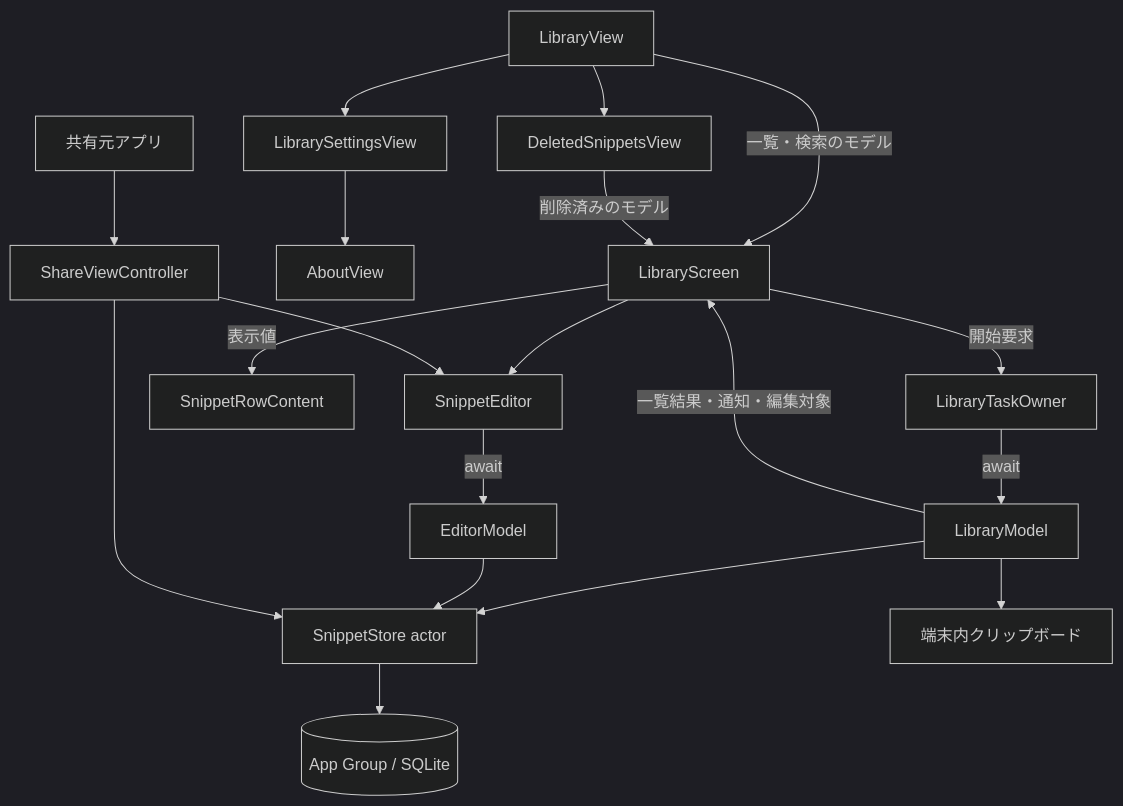
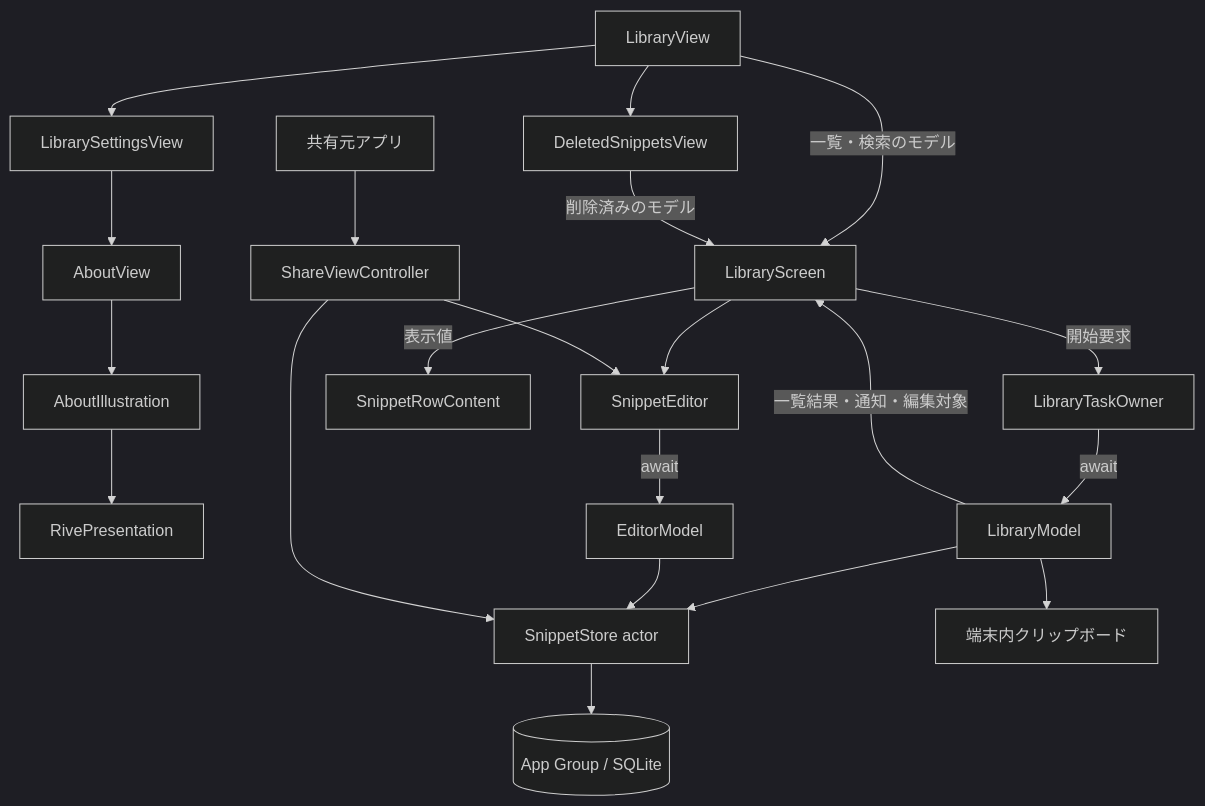
One commit to 9uiLe/nibble changed the first of 2 diagrams in docs/decisions/0002-mvp-app.md. Above: the diagram before and after it, drawn with Mermaid (dark theme). The commit also changed other lines of this file and 8 other files, not shown here.

Commit message:
docs: integrate Rive into the product architecture

````diff
--- a/docs/decisions/0002-mvp-app.md
+++ b/docs/decisions/0002-mvp-app.md
@@ -166,21 +174,23 @@
 ```mermaid
 flowchart TB
     Tabs[LibraryView] -->|一覧・検索のモデル| Library[LibraryScreen]
     Tabs --> Settings[LibrarySettingsView]
     Settings --> About[AboutView]
+    About --> Illustration[AboutIllustration]
+    Illustration --> Presentation[RivePresentation]
     Tabs --> Trash[DeletedSnippetsView]
     Trash -->|削除済みのモデル| Library
     Library -->|開始要求| Owner[LibraryTaskOwner]
     Owner -->|await| Model[LibraryModel]
     Model -->|一覧結果・通知・編集対象| Library
     Library -->|表示値| Row[SnippetRowContent]
     Library --> Editor[SnippetEditor]
     Host[共有元アプリ] --> Share[ShareViewController]
     Share --> Editor
     Editor -->|await| Editing[EditorModel]
     Model --> Store[SnippetStore actor]
     Editing --> Store
     Share --> Store
     Store --> DB[(App Group / SQLite)]
     Model --> Clipboard[端末内クリップボード]
 ```
````
